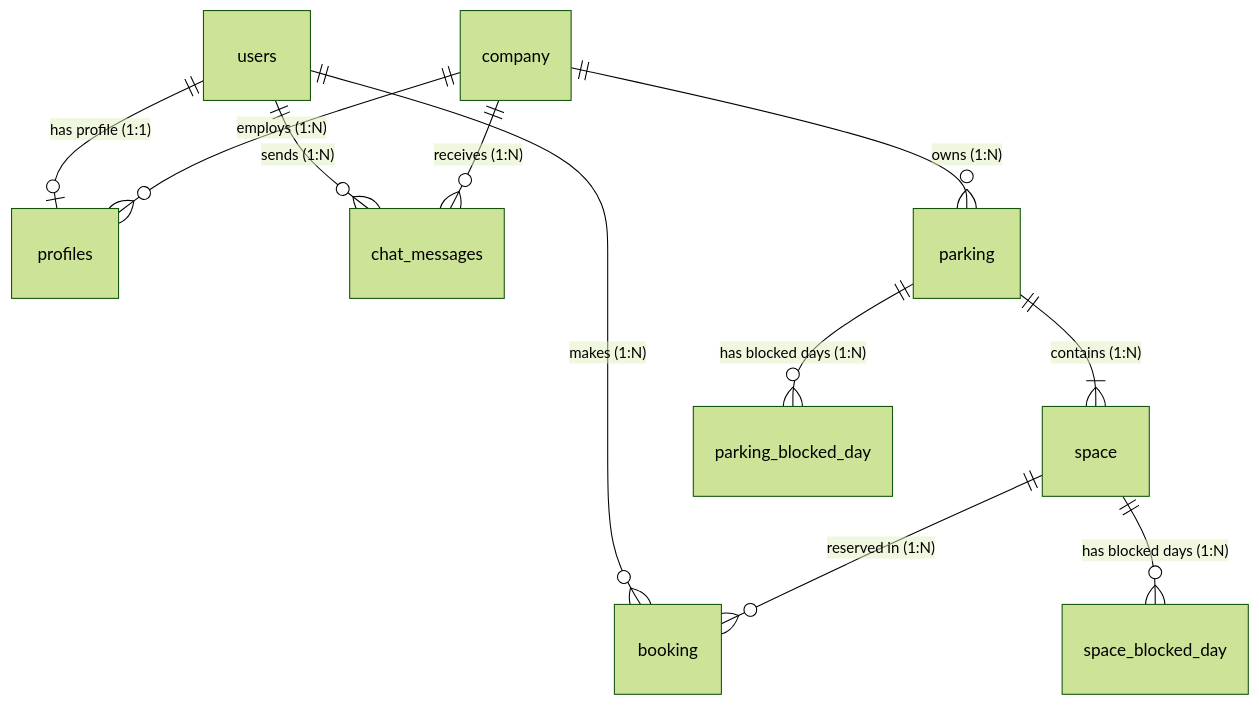
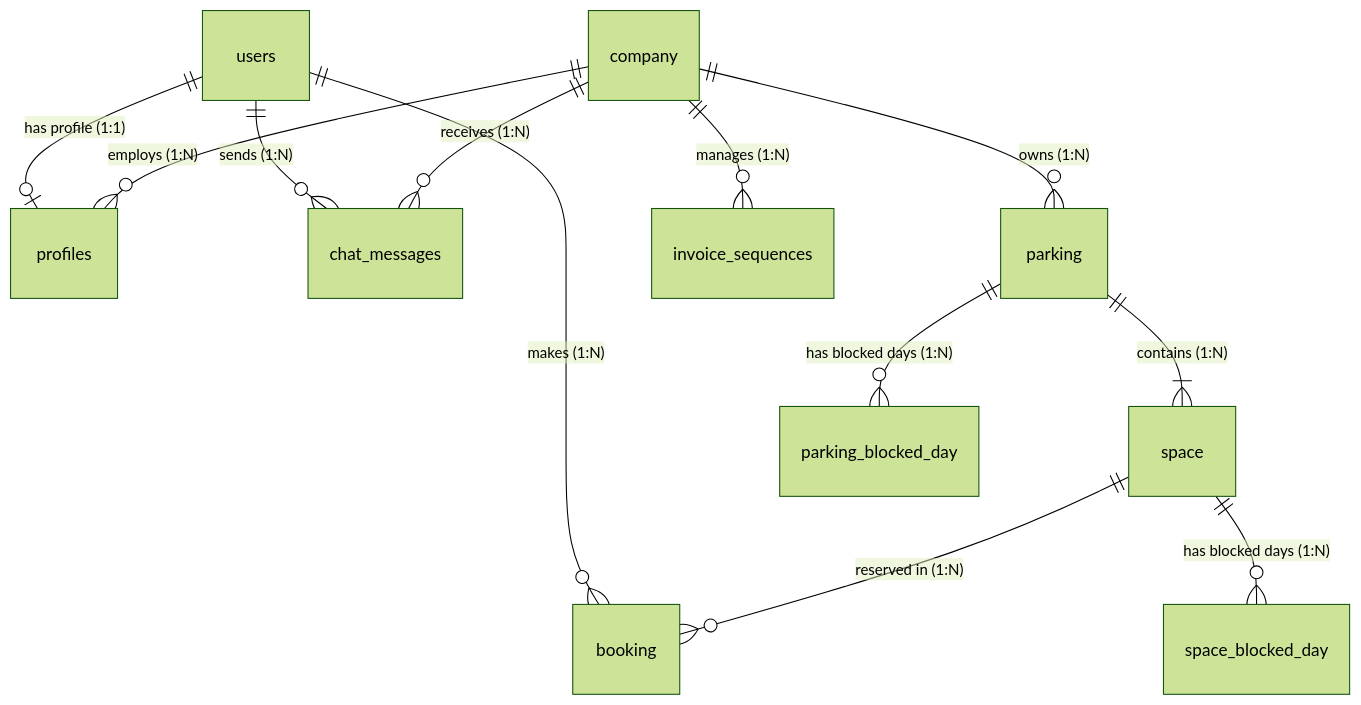
The diagram in README.md (joserra-dev/transcendence_team), drawn with Mermaid (forest theme) before and after one commit.

Commit message:
Eliminar codigo no usado

````diff
--- a/README.md
+++ b/README.md
@@ -225,16 +225,14 @@
 ```mermaid
 erDiagram
     users ||--o| profiles : "has profile (1:1)"
     users ||--o{ booking : "makes (1:N)"
     users ||--o{ chat_messages : "sends (1:N)"
-
     company ||--o{ profiles : "employs (1:N)"
     company ||--o{ parking : "owns (1:N)"
+    company ||--o{ invoice_sequences : "manages (1:N)"
     company ||--o{ chat_messages : "receives (1:N)"
-
     parking ||--|{ space : "contains (1:N)"
     parking ||--o{ parking_blocked_day : "has blocked days (1:N)"
-    
     space ||--o{ space_blocked_day : "has blocked days (1:N)"
     space ||--o{ booking : "reserved in (1:N)"
 ```
````
